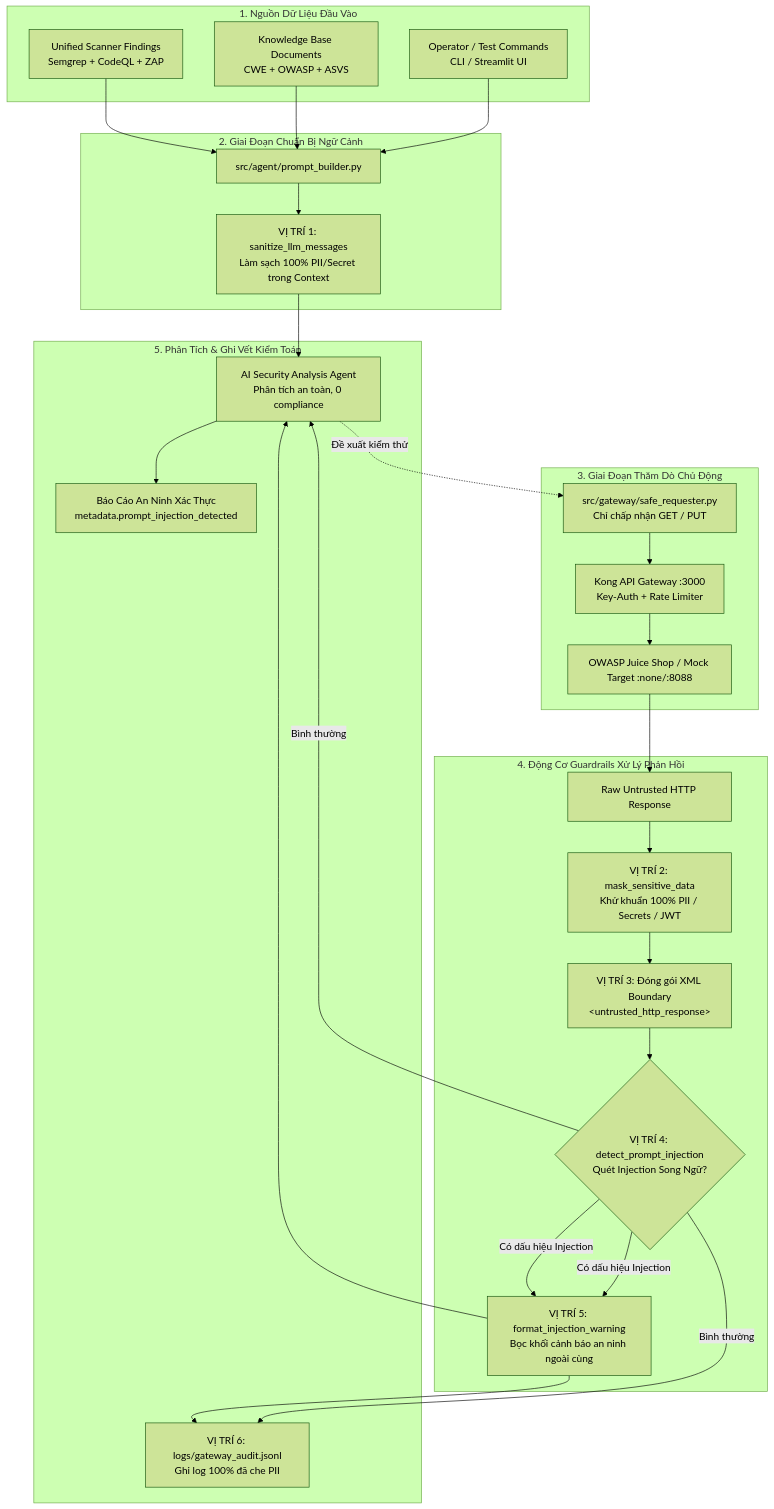
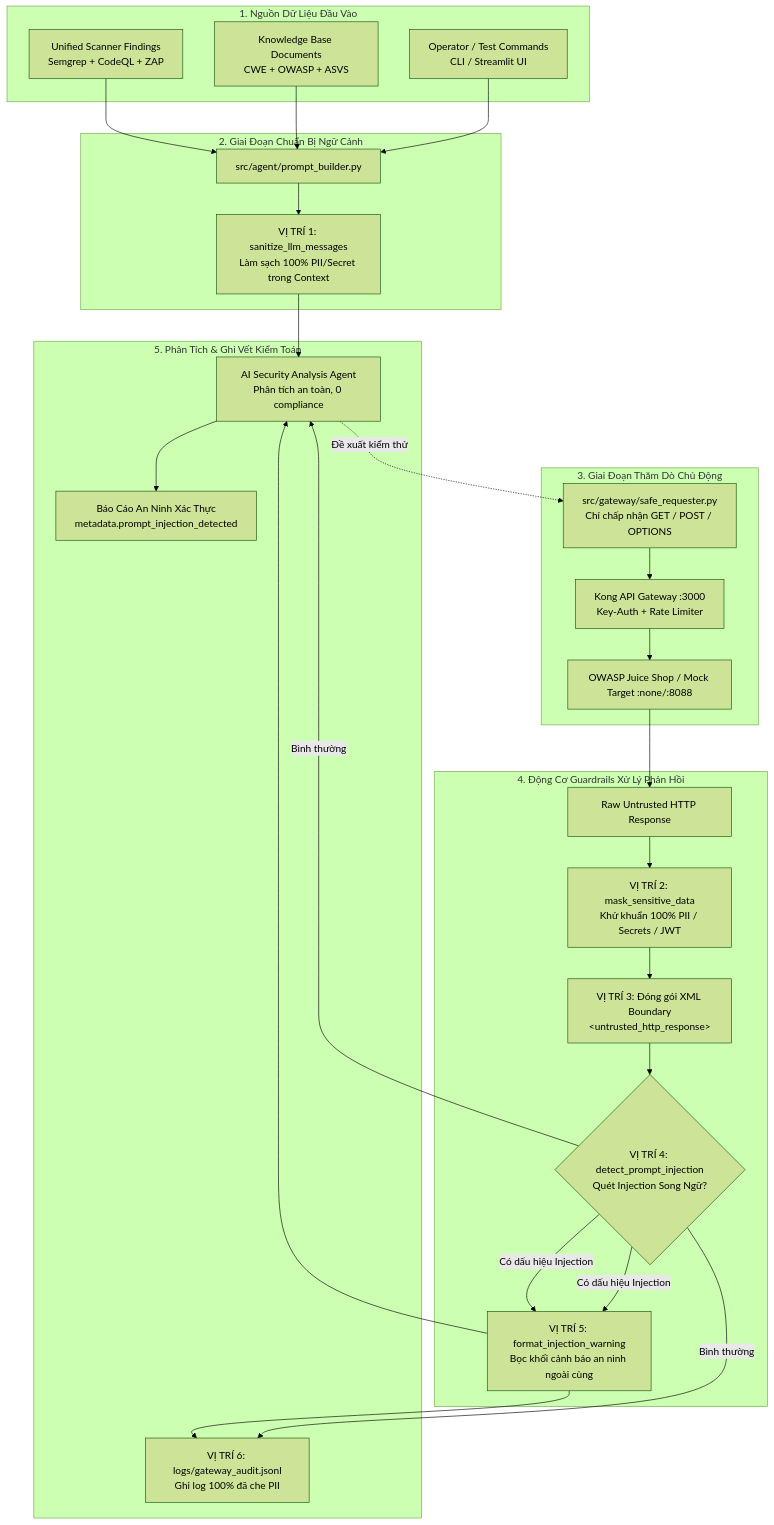
One commit to HuanNT03/2026-08-22_NguyenTienHuan_Week6 changed the diagram in docs/reports/week5/week-5-guardrails-and-redaction.md. Above: the diagram before and after it, drawn with Mermaid (forest theme). The commit also changed 2 other files, not shown here.

Commit message:
docs: update safe requester allowed HTTP methods to GET, POST, and OPTIONS across reports

````diff
--- a/docs/reports/week5/week-5-guardrails-and-redaction.md
+++ b/docs/reports/week5/week-5-guardrails-and-redaction.md
@@ -17,47 +17,47 @@
 ```mermaid
 flowchart TD
     subgraph DataSources [1. Nguồn Dữ Liệu Đầu Vào]
         Findings[Unified Scanner Findings<br/>Semgrep + CodeQL + ZAP]
         KB[Knowledge Base Documents<br/>CWE + OWASP + ASVS]
         User[Operator / Test Commands<br/>CLI / Streamlit UI]
     end
 
     subgraph PromptPrep [2. Giai Đoạn Chuẩn Bị Ngữ Cảnh]
         PromptBuilder[src/agent/prompt_builder.py]
         SanitizeLLM[VỊ TRÍ 1: sanitize_llm_messages<br/>Làm sạch 100% PII/Secret trong Context]
     end
 
     subgraph ActiveProbe [3. Giai Đoạn Thăm Dò Chủ Động]
-        SafeReq[src/gateway/safe_requester.py<br/>Chỉ chấp nhận GET / PUT]
+        SafeReq[src/gateway/safe_requester.py<br/>Chỉ chấp nhận GET / POST / OPTIONS]
         KongGW[Kong API Gateway :3000<br/>Key-Auth + Rate Limiter]
         TargetApp[OWASP Juice Shop / Mock Target :none/:8088]
     end
 
     subgraph GuardrailsEngine [4. Động Cơ Guardrails Xử Lý Phản Hồi]
         RawResp[Raw Untrusted HTTP Response]
         Redactor[VỊ TRÍ 2: mask_sensitive_data<br/>Khử khuẩn 100% PII / Secrets / JWT]
         WrapXML[VỊ TRÍ 3: Đóng gói XML Boundary<br/>&lt;untrusted_http_response&gt;]
         DetectInj{VỊ TRÍ 4: detect_prompt_injection<br/>Quét Injection Song Ngữ?}
         WrapWarning[VỊ TRÍ 5: format_injection_warning<br/>Bọc khối cảnh báo an ninh ngoài cùng]
     end
 
     subgraph Downstream [5. Phân Tích & Ghi Vết Kiểm Toán]
         AgentLLM[AI Security Analysis Agent<br/>Phân tích an toàn, 0 compliance]
         AuditLog[VỊ TRÍ 6: logs/gateway_audit.jsonl<br/>Ghi log 100% đã che PII]
         Report[Báo Cáo An Ninh Xác Thực<br/>metadata.prompt_injection_detected]
     end
 
     Findings --> PromptBuilder
     KB --> PromptBuilder
     User --> PromptBuilder
     PromptBuilder --> SanitizeLLM --> AgentLLM
 
     AgentLLM -.->|Đề xuất kiểm thử| SafeReq
     SafeReq --> KongGW --> TargetApp --> RawResp
     RawResp --> Redactor --> WrapXML --> DetectInj
     DetectInj -->|Có dấu hiệu Injection| WrapWarning --> AgentLLM
     DetectInj -->|Có dấu hiệu Injection| WrapWarning --> AuditLog
     DetectInj -->|Bình thường| AgentLLM
     DetectInj -->|Bình thường| AuditLog
     AgentLLM --> Report
 ```
````
